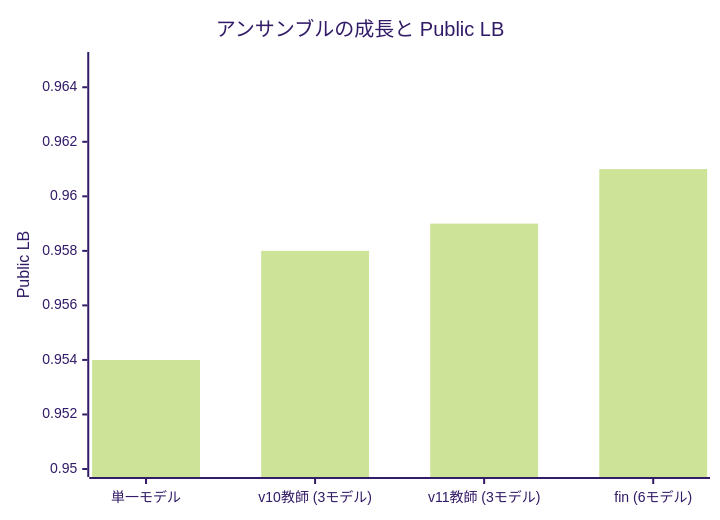
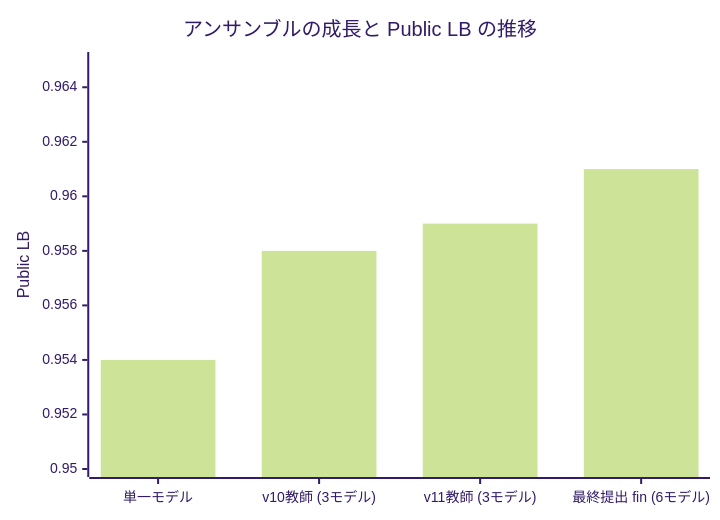
The seventh of 7 diagrams in episode/Summary&Conclusion/6th-place-summary.md (kito2718/kgle_001_BCT_Episode), drawn with Mermaid (forest theme) before and after one commit. The commit also changed other lines of this file, not shown here.

````diff
--- a/episode/Summary&Conclusion/6th-place-summary.md
+++ b/episode/Summary&Conclusion/6th-place-summary.md
@@ -864,7 +345,7 @@
 ```mermaid
 xychart-beta
-    title "アンサンブルの成長と Public LB"
-    x-axis ["単一モデル", "v10教師 (3モデル)", "v11教師 (3モデル)", "fin (6モデル)"]
+    title "アンサンブルの成長と Public LB の推移"
+    x-axis ["単一モデル", "v10教師 (3モデル)", "v11教師 (3モデル)", "最終提出 fin (6モデル)"]
     y-axis "Public LB" 0.950 --> 0.965
     bar [0.954, 0.958, 0.959, 0.961]
 ```
````
